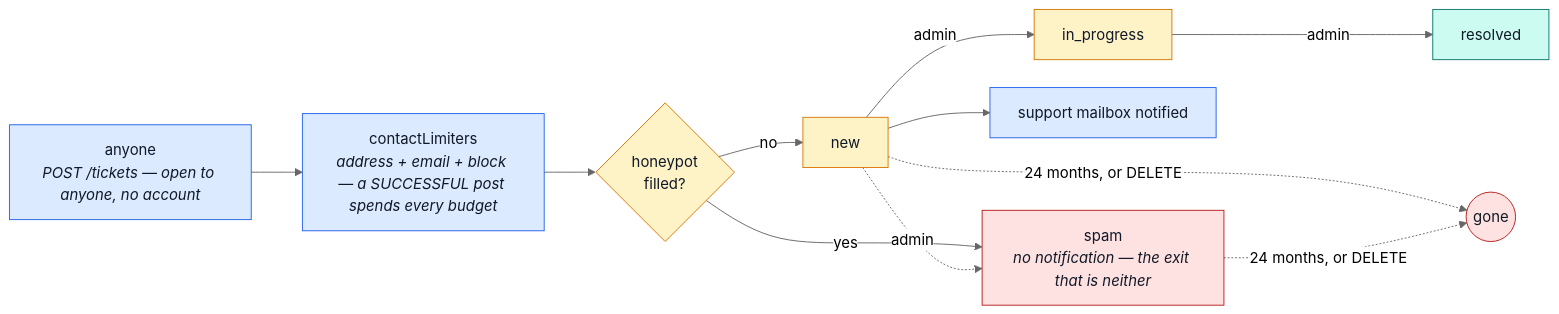
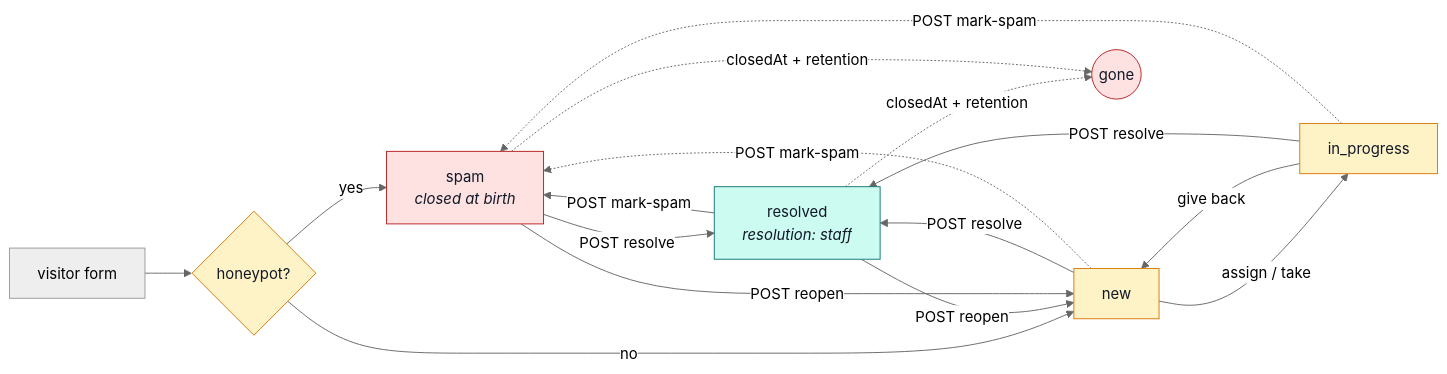
The second of 2 diagrams in docs/modules/tickets.md (Guebbit/boilerplate-node-backend), drawn with Mermaid (neutral theme) before and after one commit. The commit also changed other lines of this file and 59 other files, not shown here.

````diff
--- a/docs/modules/tickets.md
+++ b/docs/modules/tickets.md
@@ -74,23 +80,25 @@
 ```mermaid
-%%{init: {'flowchart': {'nodeSpacing': 30, 'rankSpacing': 55}}}%%
+%%{init: {'flowchart': {'nodeSpacing': 30, 'rankSpacing': 50}}}%%
 flowchart LR
-    V["anyone<br/><i>POST /tickets — open to anyone, no account</i>"] --> L["contactLimiters<br/><i>address + email + block — a SUCCESSFUL post spends every budget</i>"]
-    L --> H{"honeypot<br/>filled?"}
+    V["visitor form"] --> H{"honeypot?"}
+    H -->|yes| SP["spam<br/><i>closed at birth</i>"]
     H -->|no| N["new"]
-    H -->|yes| S["spam<br/><i>no notification — the exit that is neither</i>"]
-    N --> E["support mailbox notified"]
-    N -->|admin| I["in_progress"]
-    I -->|admin| R["resolved"]
-    N -.->|admin| S
-    N -.->|24 months, or DELETE| X(("gone"))
-    S -.->|24 months, or DELETE| X
+    N -->|"assign / take"| P["in_progress"]
+    P -->|"give back"| N
+    N -->|"POST resolve"| R["resolved<br/><i>resolution: staff</i>"]
+    P -->|"POST resolve"| R
+    N -.->|"POST mark-spam"| SP
+    P -.->|"POST mark-spam"| SP
+    R -->|"POST mark-spam"| SP
+    SP -->|"POST resolve"| R
+    R -->|"POST reopen"| N
+    SP -->|"POST reopen"| N
+    R & SP -.->|"closedAt + retention"| X(("gone"))
 
-    classDef public fill:#dbeafe,stroke:#2563eb,color:#111827;
     classDef open fill:#fef3c7,stroke:#d97706,color:#111827;
     classDef done fill:#ccfbf1,stroke:#0f766e,color:#111827;
     classDef bad fill:#fee2e2,stroke:#b91c1c,color:#111827;
-    class V,L,E public;
-    class H,N,I open;
+    class N,P,H open;
     class R done;
-    class S,X bad;
+    class SP,X bad;
 ```
````
